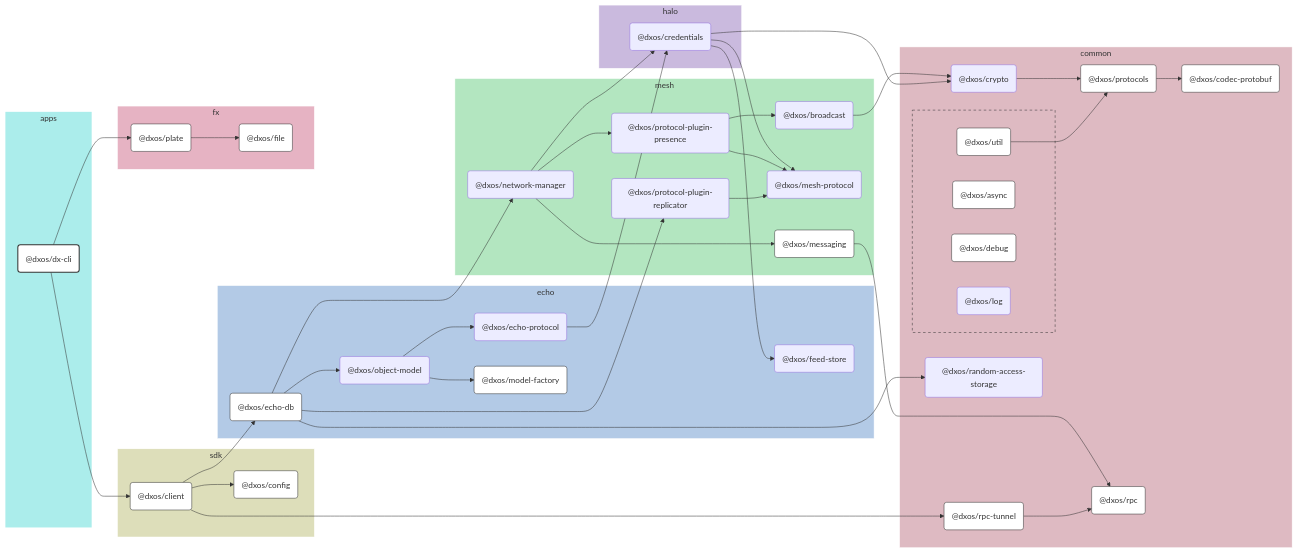
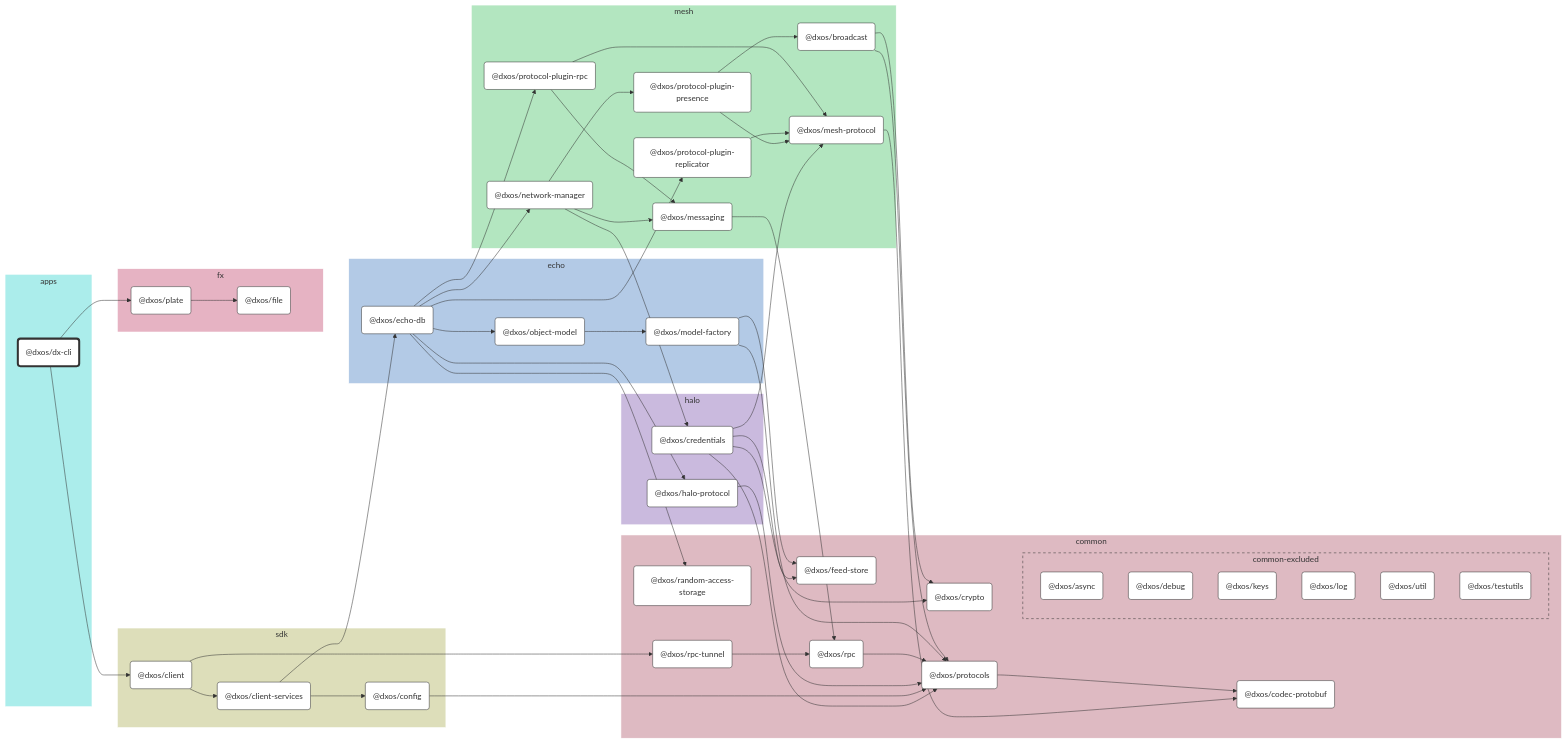
Before and after one commit to dxos/dxos: the diagram in apps/dx-cli/docs/README.md, drawn with Mermaid. The commit also changed other lines of this file and 683 other files, not shown here.

````diff
--- a/apps/dx-cli/docs/README.md
+++ b/apps/dx-cli/docs/README.md
@@ -9,140 +9,143 @@
 
 flowchart LR
 
-%% Links
-dxos/broadcast --> dxos/crypto;
-dxos/client --> dxos/config;
-dxos/client --> dxos/echo-db;
-dxos/client --> dxos/rpc-tunnel;
-dxos/credentials --> dxos/crypto;
-dxos/credentials --> dxos/feed-store;
-dxos/credentials --> dxos/mesh-protocol;
-dxos/crypto --> dxos/protocols;
-dxos/dx-cli --> dxos/client;
-dxos/dx-cli --> dxos/plate;
-dxos/echo-db --> dxos/network-manager;
-dxos/echo-db --> dxos/object-model;
-dxos/echo-db --> dxos/protocol-plugin-replicator;
-dxos/echo-db --> dxos/random-access-storage;
-dxos/echo-protocol --> dxos/credentials;
-dxos/messaging --> dxos/rpc;
-dxos/network-manager --> dxos/credentials;
-dxos/network-manager --> dxos/messaging;
-dxos/network-manager --> dxos/protocol-plugin-presence;
-dxos/object-model --> dxos/echo-protocol;
-dxos/object-model --> dxos/model-factory;
-dxos/plate --> dxos/file;
-dxos/protocol-plugin-presence --> dxos/broadcast;
-dxos/protocol-plugin-presence --> dxos/mesh-protocol;
-dxos/protocol-plugin-replicator --> dxos/mesh-protocol;
-dxos/protocols --> dxos/codec-protobuf;
-dxos/rpc-tunnel --> dxos/rpc;
-dxos/util --> dxos/protocols;
+%% Classes
+classDef def fill:#fff,stroke:#333,stroke-width:1px
+classDef root fill:#fff,stroke:#333,stroke-width:4px
 
-%% Sections
-subgraph apps
-  style apps fill:#abedeb,stroke:#fff;
+%% Nodes
 
-  dxos/dx-cli("@dxos/dx-cli")
+subgraph apps [apps]
+  style apps fill:#abedeb,stroke:#fff
+  dxos/dx-cli("@dxos/dx-cli"):::root
+  click dxos/dx-cli "dxos/dxos/tree/main/apps/dx-cli/docs"
 end
 
-subgraph common
-  style common fill:#debac2,stroke:#fff;
+subgraph common [common]
+  style common fill:#debac2,stroke:#fff
+  dxos/codec-protobuf("@dxos/codec-protobuf"):::def
+  click dxos/codec-protobuf "dxos/dxos/tree/main/packages/common/codec-protobuf/docs"
+  dxos/crypto("@dxos/crypto"):::def
+  click dxos/crypto "dxos/dxos/tree/main/packages/common/crypto/docs"
+  dxos/feed-store("@dxos/feed-store"):::def
+  click dxos/feed-store "dxos/dxos/tree/main/packages/common/feed-store/docs"
+  dxos/protocols("@dxos/protocols"):::def
+  click dxos/protocols "dxos/dxos/tree/main/packages/common/protocols/docs"
+  dxos/rpc("@dxos/rpc"):::def
+  click dxos/rpc "dxos/dxos/tree/main/packages/common/rpc/docs"
+  dxos/random-access-storage("@dxos/random-access-storage"):::def
+  click dxos/random-access-storage "dxos/dxos/tree/main/packages/common/random-access-storage/docs"
+  dxos/rpc-tunnel("@dxos/rpc-tunnel"):::def
+  click dxos/rpc-tunnel "dxos/dxos/tree/main/packages/common/rpc-tunnel/docs"
 
-  dxos/codec-protobuf("@dxos/codec-protobuf")
-  dxos/crypto("@dxos/crypto")
-  dxos/protocols("@dxos/protocols")
-  dxos/random-access-storage("@dxos/random-access-storage")
-  dxos/rpc("@dxos/rpc")
-  dxos/rpc-tunnel("@dxos/rpc-tunnel")
-
-  subgraph common-excluded [ ]
-    style common-excluded fill:#debac2,stroke:#333,stroke-dasharray:5 5;
-
-    dxos/async("@dxos/async")
-    dxos/debug("@dxos/debug")
-    dxos/log("@dxos/log")
-    dxos/util("@dxos/util")
+  subgraph common-excluded [common-excluded]
+    style common-excluded fill:#debac2,stroke:#333,stroke-dasharray:5 5
+    dxos/async("@dxos/async"):::def
+    click dxos/async "dxos/dxos/tree/main/packages/common/async/docs"
+    dxos/debug("@dxos/debug"):::def
+    click dxos/debug "dxos/dxos/tree/main/packages/common/debug/docs"
+    dxos/keys("@dxos/keys"):::def
+    click dxos/keys "dxos/dxos/tree/main/packages/common/keys/docs"
+    dxos/log("@dxos/log"):::def
+    click dxos/log "dxos/dxos/tree/main/packages/common/log/docs"
+    dxos/util("@dxos/util"):::def
+    click dxos/util "dxos/dxos/tree/main/packages/common/util/docs"
+    dxos/testutils("@dxos/testutils"):::def
+    click dxos/testutils "dxos/dxos/tree/main/packages/common/testutils/docs"
   end
 end
 
-subgraph sdk
-  style sdk fill:#dddeba,stroke:#fff;
-
-  dxos/client("@dxos/client")
-  dxos/config("@dxos/config")
+subgraph sdk [sdk]
+  style sdk fill:#dddeba,stroke:#fff
+  dxos/client("@dxos/client"):::def
+  click dxos/client "dxos/dxos/tree/main/packages/sdk/client/docs"
+  dxos/client-services("@dxos/client-services"):::def
+  click dxos/client-services "dxos/dxos/tree/main/packages/sdk/client-services/docs"
+  dxos/config("@dxos/config"):::def
+  click dxos/config "dxos/dxos/tree/main/packages/sdk/config/docs"
 end
 
-subgraph echo
-  style echo fill:#b3cae6,stroke:#fff;
-
-  dxos/echo-db("@dxos/echo-db")
-  dxos/echo-protocol("@dxos/echo-protocol")
-  dxos/feed-store("@dxos/feed-store")
-  dxos/model-factory("@dxos/model-factory")
-  dxos/object-model("@dxos/object-model")
+subgraph halo [halo]
+  style halo fill:#cabade,stroke:#fff
+  dxos/credentials("@dxos/credentials"):::def
+  click dxos/credentials "dxos/dxos/tree/main/packages/halo/credentials/docs"
+  dxos/halo-protocol("@dxos/halo-protocol"):::def
+  click dxos/halo-protocol "dxos/dxos/tree/main/packages/halo/halo-protocol/docs"
 end
 
-subgraph halo
-  style halo fill:#cabade,stroke:#fff;
-
-  dxos/credentials("@dxos/credentials")
+subgraph mesh [mesh]
+  style mesh fill:#b3e6c0,stroke:#fff
+  dxos/mesh-protocol("@dxos/mesh-protocol"):::def
+  click dxos/mesh-protocol "dxos/dxos/tree/main/packages/mesh/mesh-protocol/docs"
+  dxos/messaging("@dxos/messaging"):::def
+  click dxos/messaging "dxos/dxos/tree/main/packages/mesh/messaging/docs"
+  dxos/network-manager("@dxos/network-manager"):::def
+  click dxos/network-manager "dxos/dxos/tree/main/packages/mesh/network-manager/docs"
+  dxos/protocol-plugin-presence("@dxos/protocol-plugin-presence"):::def
+  click dxos/protocol-plugin-presence "dxos/dxos/tree/main/packages/mesh/protocol-plugin-presence/docs"
+  dxos/broadcast("@dxos/broadcast"):::def
+  click dxos/broadcast "dxos/dxos/tree/main/packages/mesh/broadcast/docs"
+  dxos/protocol-plugin-replicator("@dxos/protocol-plugin-replicator"):::def
+  click dxos/protocol-plugin-replicator "dxos/dxos/tree/main/packages/mesh/protocol-plugin-replicator/docs"
+  dxos/protocol-plugin-rpc("@dxos/protocol-plugin-rpc"):::def
+  click dxos/protocol-plugin-rpc "dxos/dxos/tree/main/packages/mesh/protocol-plugin-rpc/docs"
 end
 
-subgraph mesh
-  style mesh fill:#b3e6c0,stroke:#fff;
-
-  dxos/broadcast("@dxos/broadcast")
-  dxos/mesh-protocol("@dxos/mesh-protocol")
-  dxos/messaging("@dxos/messaging")
-  dxos/network-manager("@dxos/network-manager")
-  dxos/protocol-plugin-presence("@dxos/protocol-plugin-presence")
-  dxos/protocol-plugin-replicator("@dxos/protocol-plugin-replicator")
+subgraph echo [echo]
+  style echo fill:#b3cae6,stroke:#fff
+  dxos/echo-db("@dxos/echo-db"):::def
+  click dxos/echo-db "dxos/dxos/tree/main/packages/echo/echo-db/docs"
+  dxos/model-factory("@dxos/model-factory"):::def
+  click dxos/model-factory "dxos/dxos/tree/main/packages/echo/model-factory/docs"
+  dxos/object-model("@dxos/object-model"):::def
+  click dxos/object-model "dxos/dxos/tree/main/packages/echo/object-model/docs"
 end
 
-subgraph fx
-  style fx fill:#e6b3c3,stroke:#fff;
-
-  dxos/file("@dxos/file")
-  dxos/plate("@dxos/plate")
+subgraph fx [fx]
+  style fx fill:#e6b3c3,stroke:#fff
+  dxos/plate("@dxos/plate"):::def
+  click dxos/plate "dxos/dxos/tree/main/packages/fx/plate/docs"
+  dxos/file("@dxos/file"):::def
+  click dxos/file "dxos/dxos/tree/main/packages/fx/file/docs"
 end
 
-
-%% Hyperlinks
-click dxos/async "dxos/dxos/tree/main/packages/common/async/docs";
-click dxos/client "dxos/dxos/tree/main/packages/sdk/client/docs";
-click dxos/codec-protobuf "dxos/dxos/tree/main/packages/common/codec-protobuf/docs";
-click dxos/config "dxos/dxos/tree/main/packages/sdk/config/docs";
-click dxos/debug "dxos/dxos/tree/main/packages/common/debug/docs";
-click dxos/echo-db "dxos/dxos/tree/main/packages/echo/echo-db/docs";
-click dxos/file "dxos/dxos/tree/main/packages/fx/file/docs";
-click dxos/messaging "dxos/dxos/tree/main/packages/mesh/messaging/docs";
-click dxos/model-factory "dxos/dxos/tree/main/packages/echo/model-factory/docs";
-click dxos/plate "dxos/dxos/tree/main/packages/fx/plate/docs";
-click dxos/protocols "dxos/dxos/tree/main/packages/common/protocols/docs";
-click dxos/rpc "dxos/dxos/tree/main/packages/common/rpc/docs";
-click dxos/rpc-tunnel "dxos/dxos/tree/main/packages/common/rpc-tunnel/docs";
-click dxos/util "dxos/dxos/tree/main/packages/common/util/docs";
-
-%% Styles
-classDef rootNode fill:#fff,stroke:#333,stroke-width:2px
-classDef defaultNode fill:#fff,stroke:#333,stroke-width:1px
+%% Links
 linkStyle default stroke:#333,stroke-width:1px
-
-dxos/dx-cli:::rootNode
-
-dxos/async:::defaultNode
-dxos/client:::defaultNode
-dxos/codec-protobuf:::defaultNode
-dxos/config:::defaultNode
-dxos/debug:::defaultNode
-dxos/echo-db:::defaultNode
-dxos/file:::defaultNode
-dxos/messaging:::defaultNode
-dxos/model-factory:::defaultNode
-dxos/plate:::defaultNode
-dxos/protocols:::defaultNode
-dxos/rpc:::defaultNode
-dxos/rpc-tunnel:::defaultNode
-dxos/util:::defaultNode
+dxos/dx-cli --> dxos/client
+dxos/client --> dxos/client-services
+dxos/credentials --> dxos/crypto
+dxos/credentials --> dxos/feed-store
+dxos/credentials --> dxos/mesh-protocol
+dxos/mesh-protocol --> dxos/codec-protobuf
+dxos/credentials --> dxos/protocols
+dxos/protocols --> dxos/codec-protobuf
+dxos/client-services --> dxos/config
+dxos/config --> dxos/protocols
+dxos/client-services --> dxos/echo-db
+dxos/echo-db --> dxos/halo-protocol
+dxos/halo-protocol --> dxos/protocols
+dxos/messaging --> dxos/rpc
+dxos/rpc --> dxos/protocols
+dxos/model-factory --> dxos/feed-store
+dxos/model-factory --> dxos/protocols
+dxos/echo-db --> dxos/network-manager
+dxos/network-manager --> dxos/credentials
+dxos/network-manager --> dxos/messaging
+dxos/network-manager --> dxos/protocol-plugin-presence
+dxos/protocol-plugin-presence --> dxos/broadcast
+dxos/broadcast --> dxos/crypto
+dxos/broadcast --> dxos/protocols
+dxos/protocol-plugin-presence --> dxos/mesh-protocol
+dxos/echo-db --> dxos/object-model
+dxos/object-model --> dxos/model-factory
+dxos/echo-db --> dxos/protocol-plugin-replicator
+dxos/protocol-plugin-replicator --> dxos/mesh-protocol
+dxos/echo-db --> dxos/random-access-storage
+dxos/echo-db --> dxos/protocol-plugin-rpc
+dxos/protocol-plugin-rpc --> dxos/messaging
+dxos/protocol-plugin-rpc --> dxos/mesh-protocol
+dxos/client --> dxos/rpc-tunnel
+dxos/rpc-tunnel --> dxos/rpc
+dxos/dx-cli --> dxos/plate
+dxos/plate --> dxos/file
 ```
````
